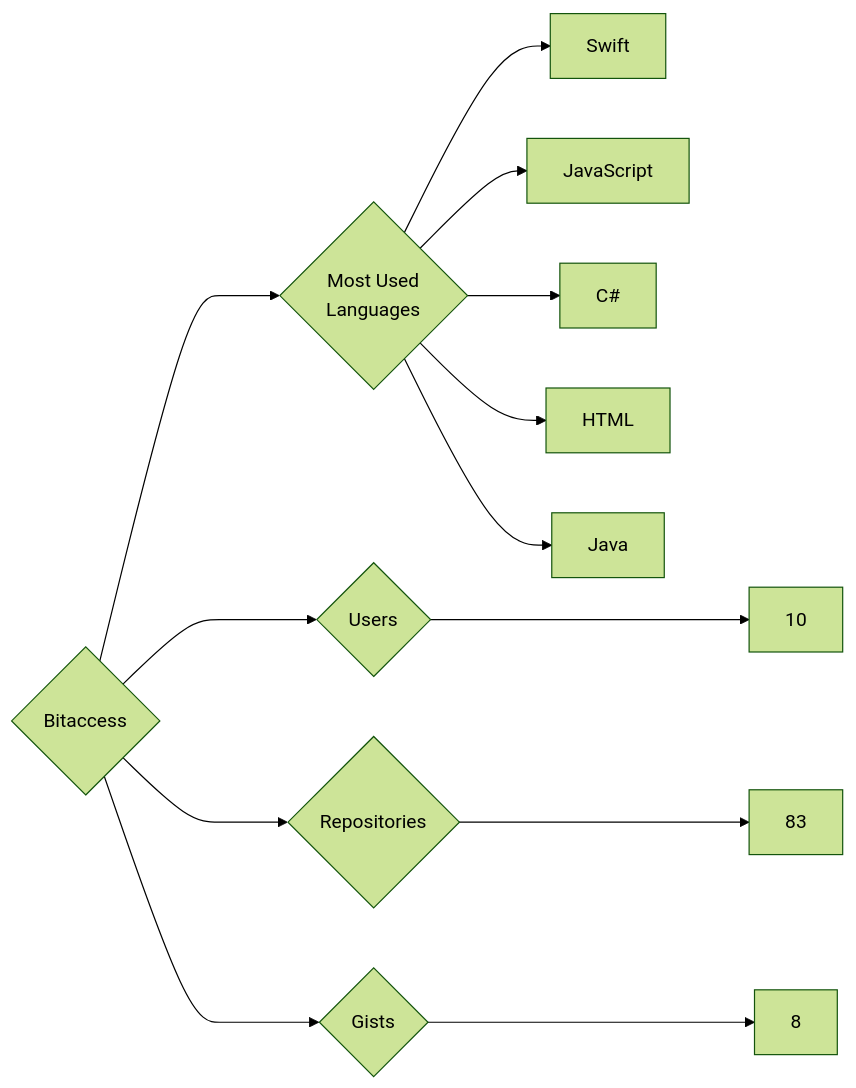
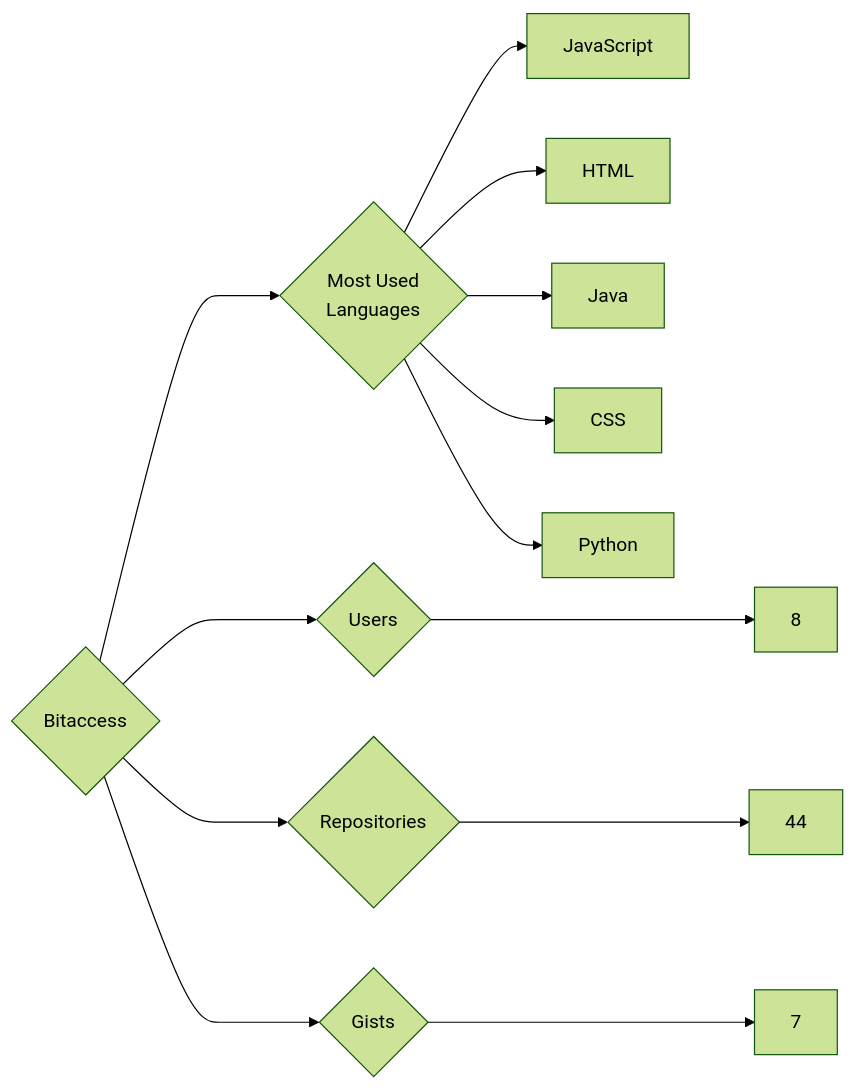
The diagram in targets/Bitaccess/README.md (trickest/insiders), drawn with Mermaid (forest theme) before and after one commit. The commit also changed 757 other files, not shown here.

````diff
--- a/targets/Bitaccess/README.md
+++ b/targets/Bitaccess/README.md
@@ -3,13 +3,13 @@
 ```mermaid
 graph LR
 COMPANY_NAME{Bitaccess}
-COMPANY_NAME ---> U{Users} ---> UN[10]
-COMPANY_NAME ---> R{Repositories} ---> RN[83]
-COMPANY_NAME ---> G{Gists} ---> GN[8]
+COMPANY_NAME ---> U{Users} ---> UN[8]
+COMPANY_NAME ---> R{Repositories} ---> RN[44]
+COMPANY_NAME ---> G{Gists} ---> GN[7]
 COMPANY_NAME ---> ML{Most Used<br>Languages}
-ML --> Swift[Swift]
 ML --> JavaScript[JavaScript]
-ML --> C#[C#]
 ML --> HTML[HTML]
 ML --> Java[Java]
+ML --> CSS[CSS]
+ML --> Python[Python]
 ```
````
